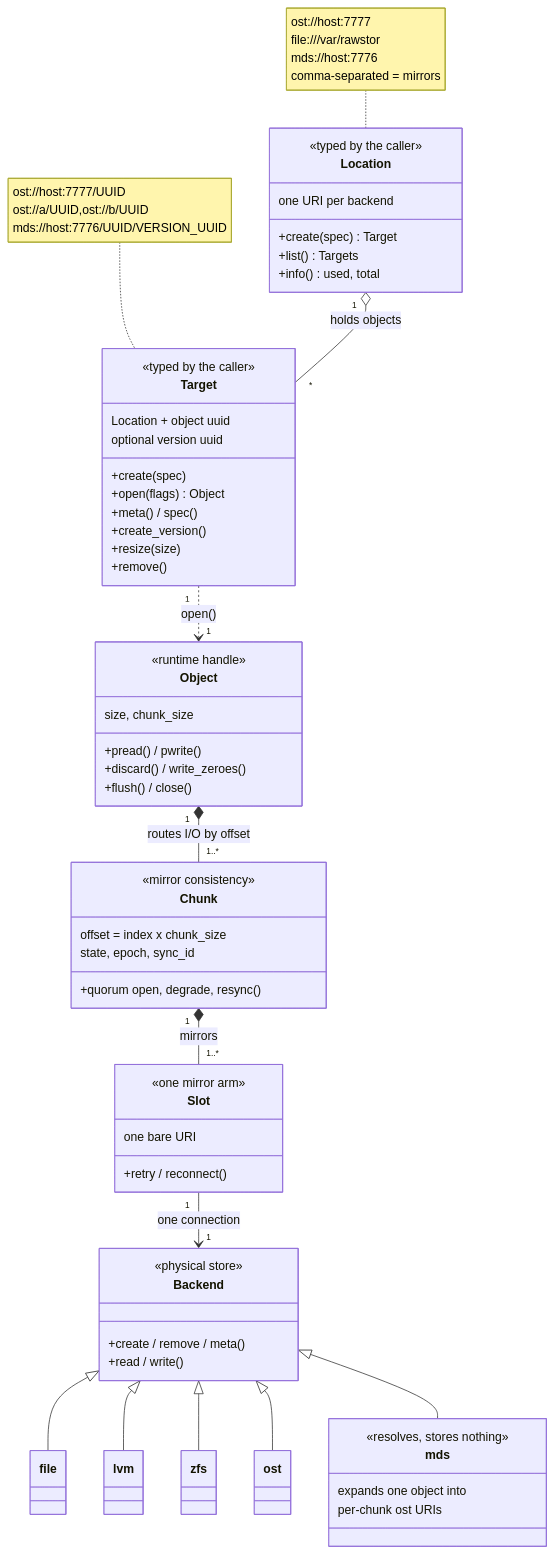
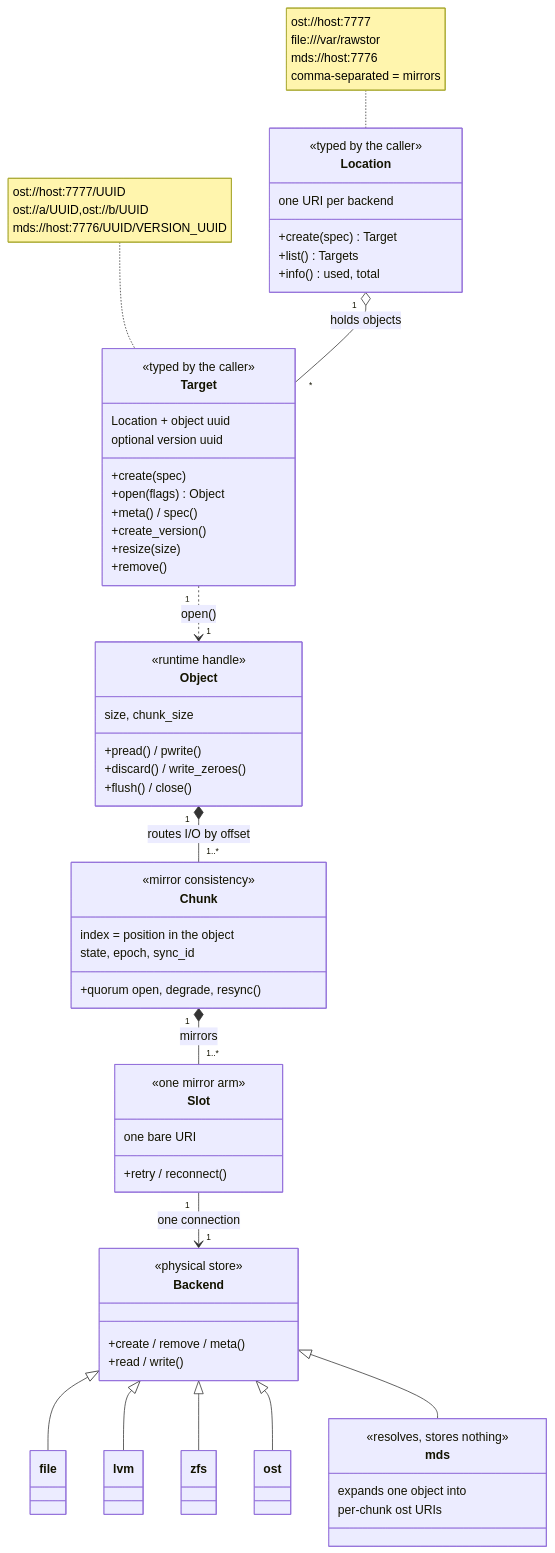
One commit to rawstor/librawstor changed the first of 2 diagrams in docs/concepts.md. Above: the diagram before and after it, drawn with Mermaid. The commit also changed other lines of this file and 58 other files, not shown here.

First line of the commit message:
ref(librawstor): address chunks by index instead of offset

````diff
--- a/docs/concepts.md
+++ b/docs/concepts.md
@@ -43,67 +43,67 @@
 ```mermaid
 classDiagram
     direction TB
     Location "1" o-- "*" Target : holds objects
     Target "1" ..> "1" Object : open()
     Object "1" *-- "1..*" Chunk : routes I/O by offset
     Chunk "1" *-- "1..*" Slot : mirrors
     Slot "1" --> "1" Backend : one connection
     Backend <|-- file
     Backend <|-- lvm
     Backend <|-- zfs
     Backend <|-- ost
     Backend <|-- mds
     class Location {
       <<typed by the caller>>
       one URI per backend
       +create(spec) Target
       +list() Targets
       +info() used, total
     }
     class Target {
       <<typed by the caller>>
       Location + object uuid
       optional version uuid
       +create(spec)
       +open(flags) Object
       +meta() / spec()
       +create_version()
       +resize(size)
       +remove()
     }
     class Object {
       <<runtime handle>>
       size, chunk_size
       +pread() / pwrite()
       +discard() / write_zeroes()
       +flush() / close()
     }
     class Chunk {
       <<mirror consistency>>
-      offset = index x chunk_size
+      index = position in the object
       state, epoch, sync_id
       +quorum open, degrade, resync()
     }
     class Slot {
       <<one mirror arm>>
       one bare URI
       +retry / reconnect()
     }
     class Backend {
       <<physical store>>
       +create / remove / meta()
       +read / write()
     }
     class mds {
       <<resolves, stores nothing>>
       expands one object into
       per-chunk ost URIs
     }
     note for Location "ost://host:7777
     file:///var/rawstor
     mds://host:7776
     comma-separated = mirrors"
     note for Target "ost://host:7777/UUID
     ost://a/UUID,ost://b/UUID
     mds://host:7776/UUID/VERSION_UUID"
 ```
````
